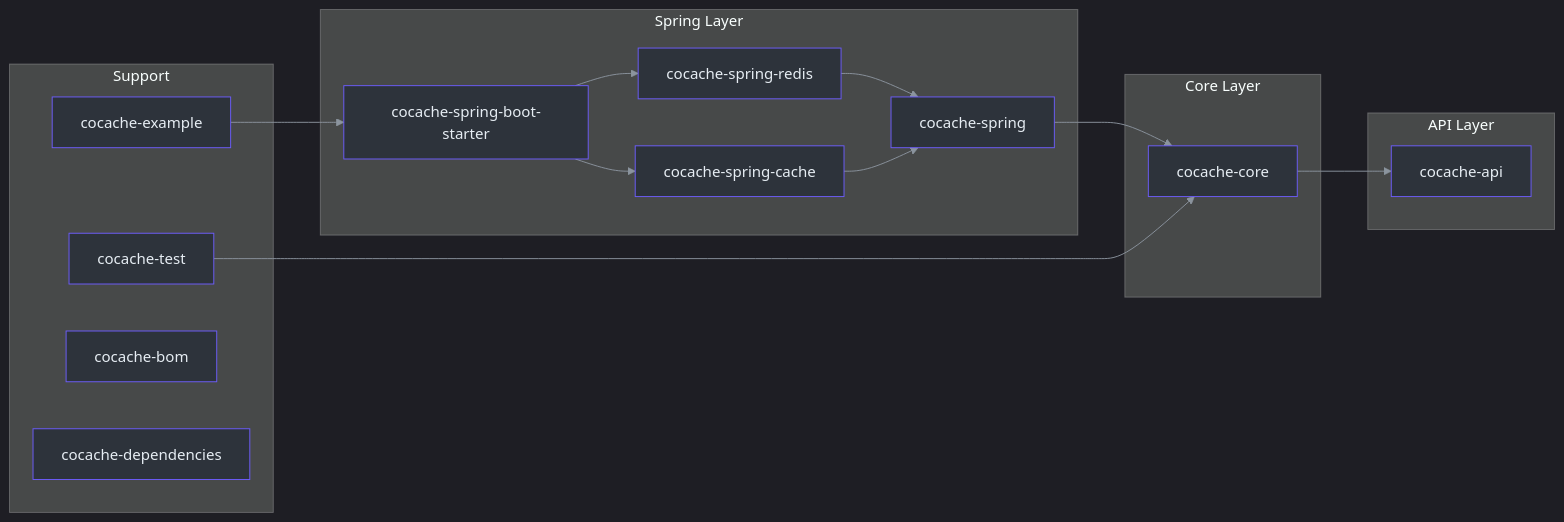
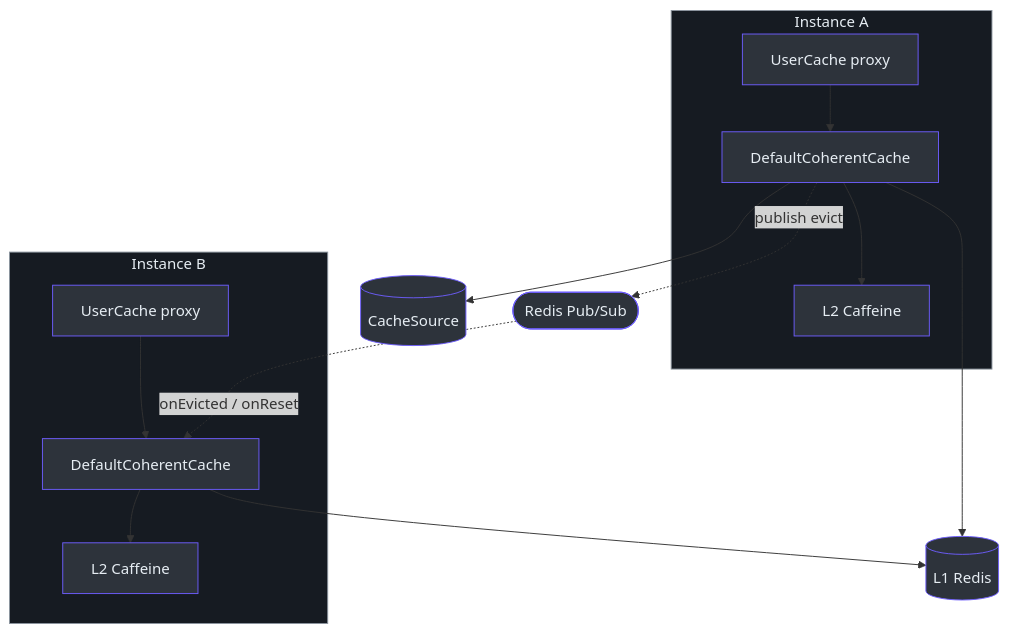
The first of 4 diagrams in wiki/onboarding/contributor.md (Ahoo-Wang/CoCache), drawn with Mermaid before and after one commit. The commit also changed other lines of this file and 256 other files, not shown here.

First line of the commit message:
refactor!: rebuild coherence core for 5.0 (bounded staleness, explicit negative cache) (#575)

````diff
--- a/wiki/onboarding/contributor.md
+++ b/wiki/onboarding/contributor.md
@@ -297,45 +45,28 @@
 ```mermaid
-%%{init: {'theme': 'dark', 'themeVariables': {'primaryColor': '#2d333b', 'primaryBorderColor': '#6d5dfc', 'primaryTextColor': '#e6edf3', 'lineColor': '#8b949e', 'subgraphBgColor': '#161b22'}}}%%
-graph LR
-    subgraph sg_63 ["API Layer"]
-        API["cocache-api"]
+graph TB
+    subgraph inst1 ["Instance A"]
+        P1["UserCache proxy"] --> C1["DefaultCoherentCache"]
+        C1 --> L2a["L2 Caffeine"]
     end
+    subgraph inst2 ["Instance B"]
+        P2["UserCache proxy"] --> C2["DefaultCoherentCache"]
+        C2 --> L2b["L2 Caffeine"]
+    end
+    C1 --> L1[("L1 Redis")]
+    C2 --> L1
+    C1 -.->|"publish evict"| PS(["Redis Pub/Sub"])
+    PS -.->|"onEvicted / onReset"| C2
+    C1 --> DB[("CacheSource")]
 
-    subgraph sg_64 ["Core Layer"]
-        CORE["cocache-core"]
-    end
-
-    subgraph sg_65 ["Spring Layer"]
-        SPRING["cocache-spring"]
-        REDIS["cocache-spring-redis"]
-        SCACHE["cocache-spring-cache"]
-        STARTER["cocache-spring-boot-starter"]
-    end
-
-    subgraph sg_66 ["Support"]
-        TEST["cocache-test"]
-        EXAMPLE["cocache-example"]
-        BOM["cocache-bom"]
-        DEPS["cocache-dependencies"]
-    end
-
-    CORE --> API
-    SPRING --> CORE
-    REDIS --> SPRING
-    SCACHE --> SPRING
-    STARTER --> REDIS
-    STARTER --> SCACHE
-    TEST --> CORE
-    EXAMPLE --> STARTER
-
-    style API fill:#2d333b,stroke:#6d5dfc,color:#e6edf3
-    style CORE fill:#2d333b,stroke:#6d5dfc,color:#e6edf3
-    style SPRING fill:#2d333b,stroke:#6d5dfc,color:#e6edf3
-    style REDIS fill:#2d333b,stroke:#6d5dfc,color:#e6edf3
-    style SCACHE fill:#2d333b,stroke:#6d5dfc,color:#e6edf3
-    style STARTER fill:#2d333b,stroke:#6d5dfc,color:#e6edf3
-    style TEST fill:#2d333b,stroke:#6d5dfc,color:#e6edf3
-    style EXAMPLE fill:#2d333b,stroke:#6d5dfc,color:#e6edf3
-    style BOM fill:#2d333b,stroke:#6d5dfc,color:#e6edf3
-    style DEPS fill:#2d333b,stroke:#6d5dfc,color:#e6edf3
+    style P1 fill:#2d333b,stroke:#6d5dfc,color:#e6edf3
+    style C1 fill:#2d333b,stroke:#6d5dfc,color:#e6edf3
+    style L2a fill:#2d333b,stroke:#6d5dfc,color:#e6edf3
+    style P2 fill:#2d333b,stroke:#6d5dfc,color:#e6edf3
+    style C2 fill:#2d333b,stroke:#6d5dfc,color:#e6edf3
+    style L2b fill:#2d333b,stroke:#6d5dfc,color:#e6edf3
+    style L1 fill:#2d333b,stroke:#6d5dfc,color:#e6edf3
+    style PS fill:#2d333b,stroke:#6d5dfc,color:#e6edf3
+    style DB fill:#2d333b,stroke:#6d5dfc,color:#e6edf3
+    style inst1 fill:#161b22,stroke:#8b949e,color:#e6edf3
+    style inst2 fill:#161b22,stroke:#8b949e,color:#e6edf3
 ```
````
